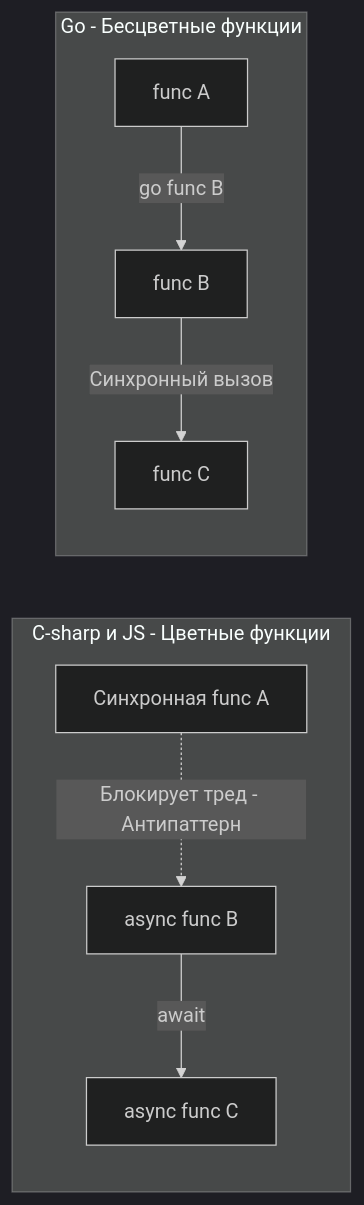
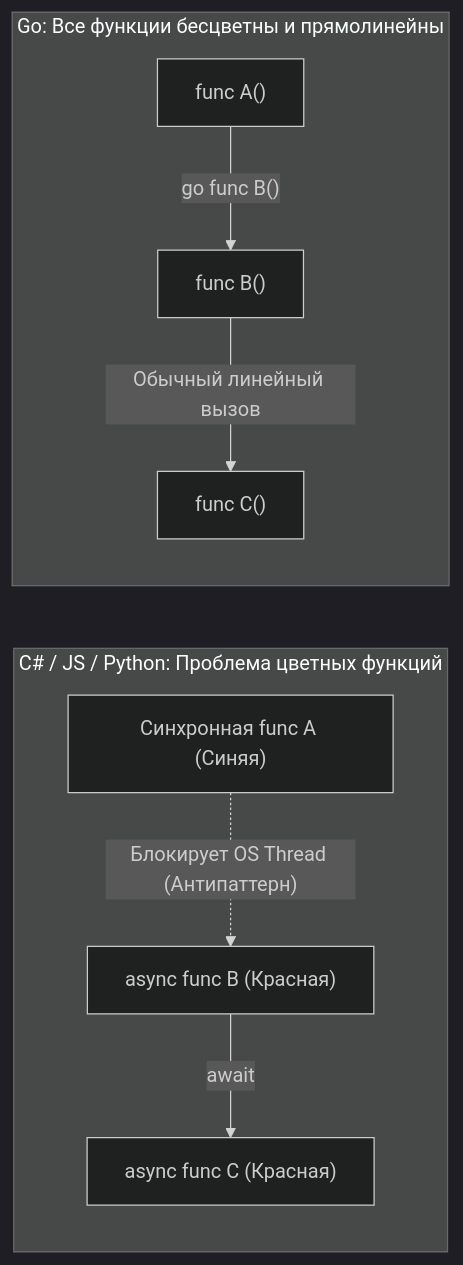
Before and after one commit to UnrealTemplier/go-textbook: the diagram in sources/4. История и философия Go/18. Как мыслить после Java, C#, PHP и Python.md, drawn with Mermaid (dark theme). The commit also changed other lines of this file, not shown here.

Commit message:
feat(module-04): editorial rewrite of Lecture 18 (How to think after Java, C#, PHP and Python) in Kernighan style

````diff
--- a/sources/4. История и философия Go/18. Как мыслить после Java, C#, PHP и Python.md
+++ b/sources/4. История и философия Go/18. Как мыслить после Java, C#, PHP и Python.md
@@ -26,11 +41,12 @@
 ```mermaid
 flowchart LR
-    subgraph ASYNC_AWAIT["C-sharp и JS - Цветные функции"]
-        A["Синхронная func A"] -.->|"Блокирует тред - Антипаттерн"| B["async func B"]
-        B -->|"await"| C["async func C"]
+    subgraph ASYNC_AWAIT ["C# / JS / Python: Проблема цветных функций"]
+        A["Синхронная func A (Синяя)"] -.->|"Блокирует OS Thread (Антипаттерн)"| B["async func B (Красная)"]
+        B -->|"await"| C["async func C (Красная)"]
     end
-    subgraph GOLANG ["Go - Бесцветные функции"]
-        D["func A"] -->|"go func B"| E["func B"]
-        E -->|"Синхронный вызов"| F["func C"]
+
+    subgraph GOLANG ["Go: Все функции бесцветны и прямолинейны"]
+        D["func A()"] -->|"go func B()"| E["func B()"]
+        E -->|"Обычный линейный вызов"| F["func C()"]
     end
 ```
````
